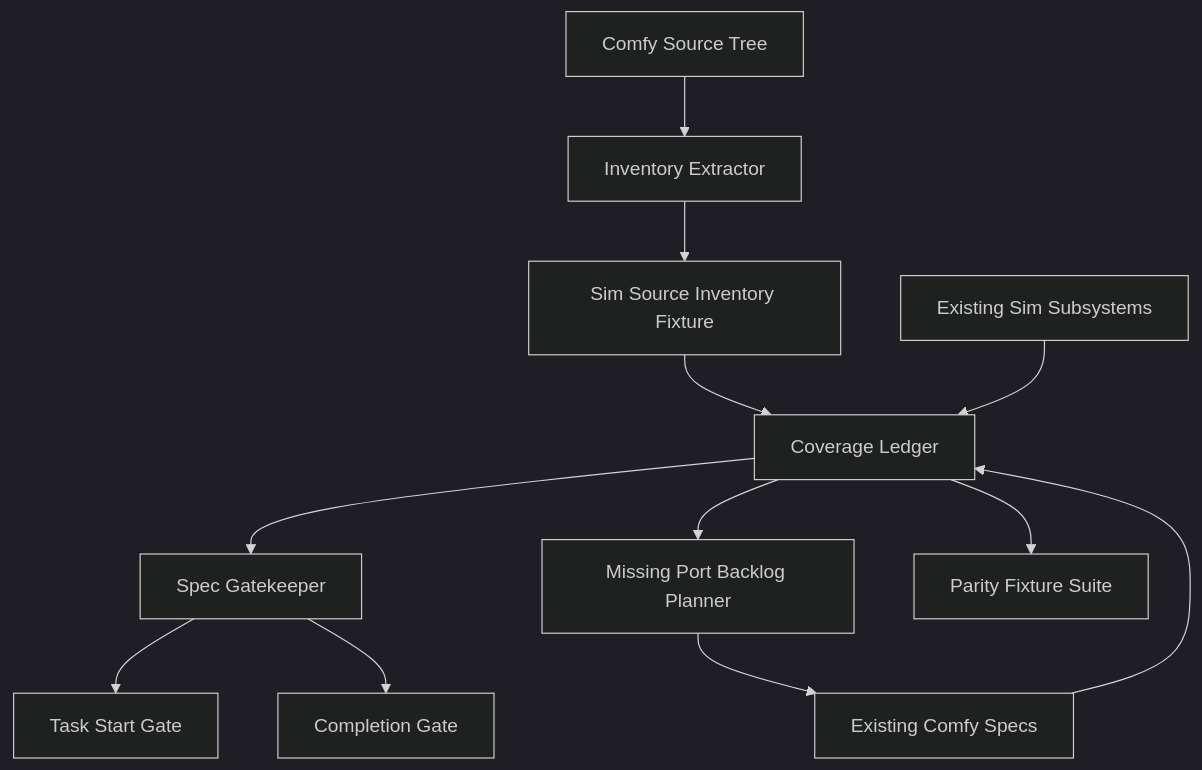
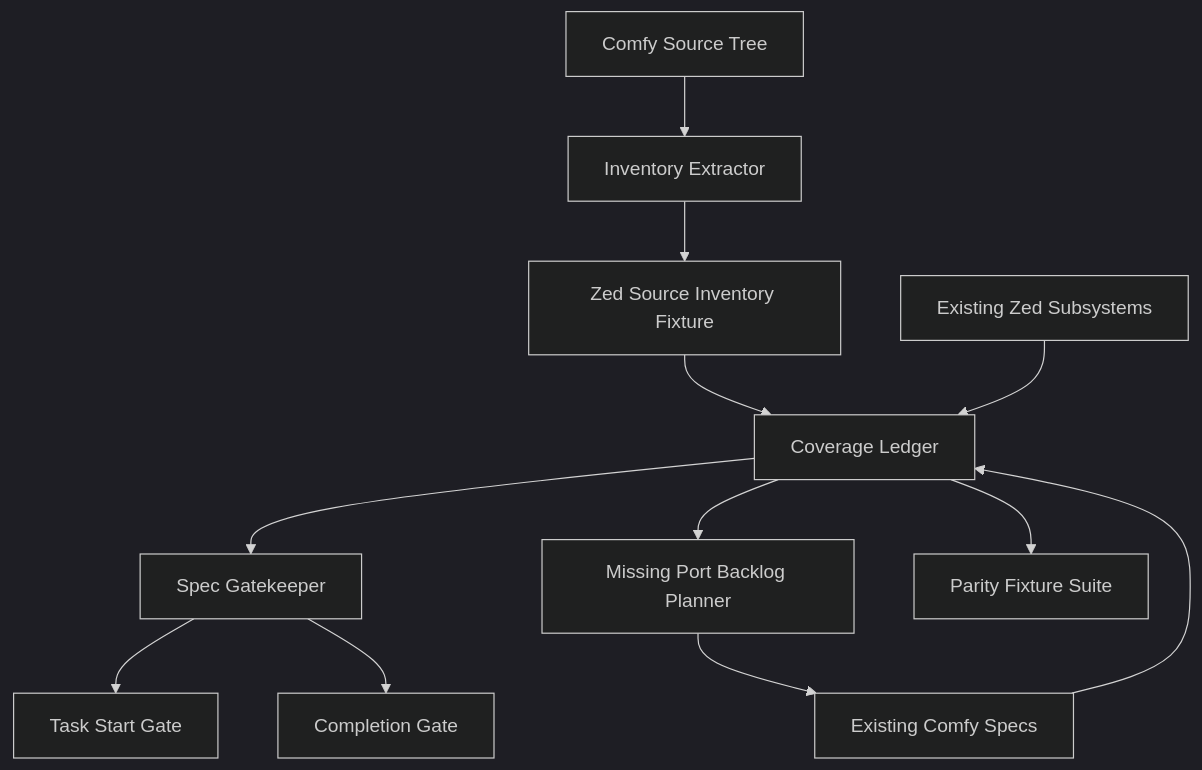
One commit to imagineerings/xor changed the diagram in .agents/specs/godot-migration/comfy-full-port-coverage/design.md. Above: the diagram before and after it, drawn with Mermaid (dark theme). The commit also changed other lines of this file and 2547 other files, not shown here.

````diff
--- a/.agents/specs/godot-migration/comfy-full-port-coverage/design.md
+++ b/.agents/specs/godot-migration/comfy-full-port-coverage/design.md
@@ -11,14 +11,14 @@
 ```mermaid
 flowchart TD
   A["Comfy Source Tree"] --> B["Inventory Extractor"]
-  B --> C["Sim Source Inventory Fixture"]
+  B --> C["Zed Source Inventory Fixture"]
   C --> D["Coverage Ledger"]
   E["Existing Comfy Specs"] --> D
-  F["Existing Sim Subsystems"] --> D
+  F["Existing Zed Subsystems"] --> D
   D --> G["Spec Gatekeeper"]
   D --> K["Missing Port Backlog Planner"]
   K --> E
   G --> H["Task Start Gate"]
   G --> I["Completion Gate"]
   D --> J["Parity Fixture Suite"]
 ```
````
